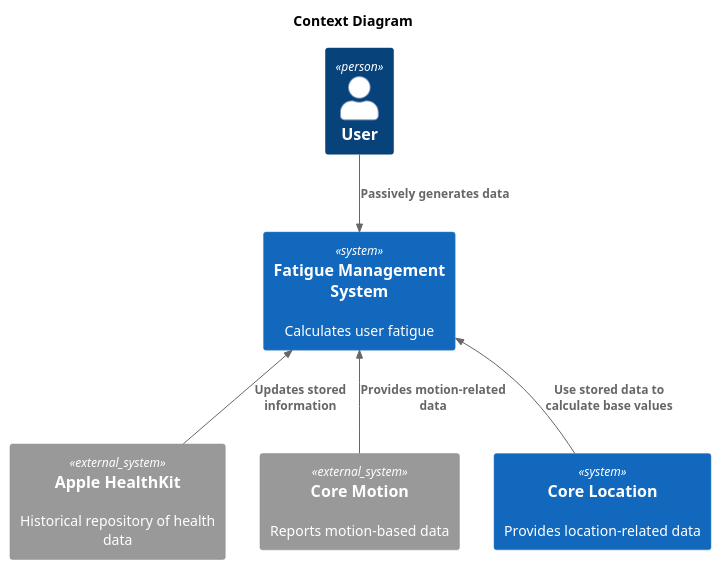
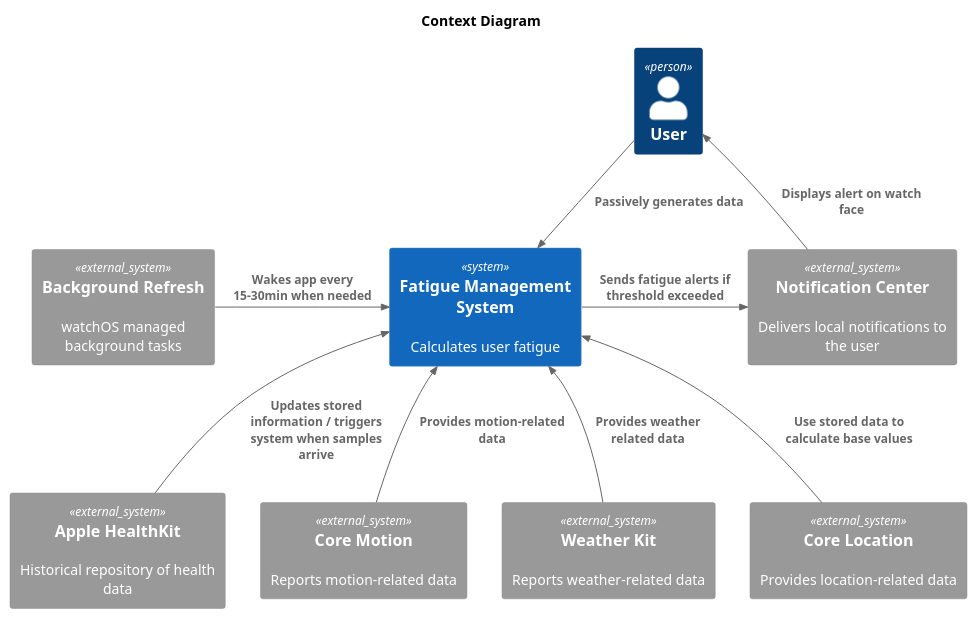
Before and after one commit to VC-658-Team/VC-658: the diagram in diagrams/context/context-diagram.puml, drawn with PlantUML. The commit also changed 7 other files, not shown here.

Commit message:
finishing diagrams

```diff
--- a/diagrams/context/context-diagram.puml
+++ b/diagrams/context/context-diagram.puml
@@ -4,19 +4,29 @@
 @startuml Context-diagram
 !include  https://raw.githubusercontent.com/plantuml-stdlib/C4-PlantUML/master/C4_Context.puml
 
 title "Context Diagram"
 
 Person(user, "User", )
 System_Ext(healthkit, "Apple HealthKit", "Historical repository of health data")
-System_Ext(coreMotion, "Core Motion", "Reports motion-based data")
-System(coreLocation, "Core Location", "Provides location-related data")
+System_Ext(coreMotion, "Core Motion", "Reports motion-related data")
+System_Ext(weatherkit, "Weather Kit", "Reports weather-related data")
+System_Ext(coreLocation, "Core Location", "Provides location-related data")
+
+System_Ext(background, "Background Refresh", "watchOS managed background tasks")
+System_Ext(notifications, "Notification Center", "Delivers local notifications to the user")
+
 
 System(system, "Fatigue Management System", "Calculates user fatigue")
 
 Rel_D(user, system, "Passively generates data")
-Rel_U(healthkit, system, "Updates stored information")
+Rel_U(healthkit, system, "Updates stored information / triggers system when samples arrive")
 Rel_U(coreMotion, system, "Provides motion-related data")
 Rel_U(coreLocation, system, "Use stored data to calculate base values")
+Rel_U(weatherkit, system, "Provides weather related data")
+
+Rel_R(background, system, "Wakes app every 15-30min when needed")
+Rel_R(system, notifications, "Sends fatigue alerts if threshold exceeded")
+Rel_U(notifications, user, "Displays alert on watch face")
 
 
 @enduml
```
